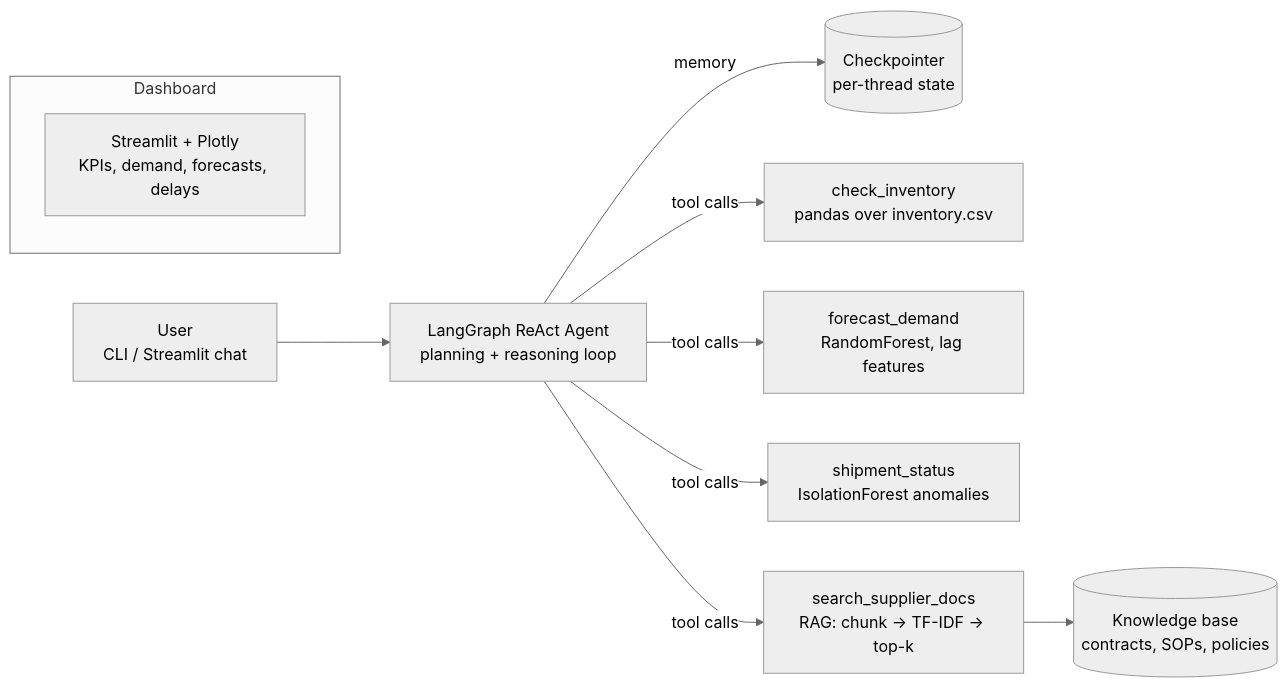
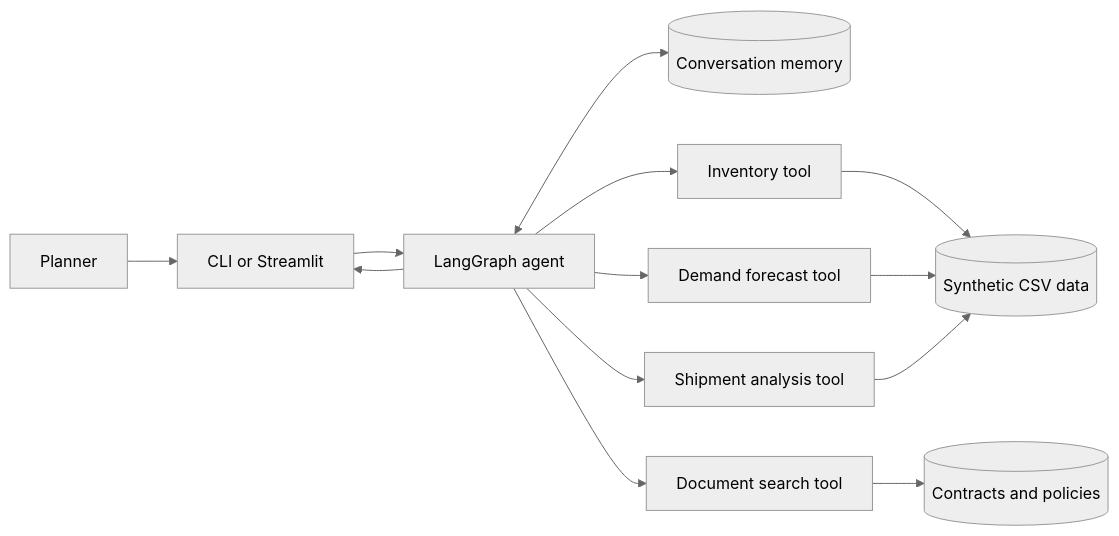
The diagram in README.md (farisjamal/supply-chain-copilot), drawn with Mermaid (neutral theme) before and after one commit. The commit also changed other lines of this file and 7 other files, not shown here.

````diff
--- a/README.md
+++ b/README.md
@@ -9,13 +37,15 @@
 ```mermaid
 flowchart LR
-    U[User<br/>CLI / Streamlit chat] --> A[LangGraph ReAct Agent<br/>planning + reasoning loop]
-    A -- memory --> M[(Checkpointer<br/>per-thread state)]
-    A -- tool calls --> T1[check_inventory<br/>pandas over inventory.csv]
-    A -- tool calls --> T2[forecast_demand<br/>RandomForest, lag features]
-    A -- tool calls --> T3[shipment_status<br/>IsolationForest anomalies]
-    A -- tool calls --> T4[search_supplier_docs<br/>RAG: chunk → TF-IDF → top-k]
-    T4 --> D[(Knowledge base<br/>contracts, SOPs, policies)]
-    subgraph Dashboard
-      V[Streamlit + Plotly<br/>KPIs, demand, forecasts, delays]
-    end
+    U[Planner] --> UI[CLI or Streamlit]
+    UI --> A[LangGraph agent]
+    A <--> M[(Conversation memory)]
+    A --> I[Inventory tool]
+    A --> F[Demand forecast tool]
+    A --> S[Shipment analysis tool]
+    A --> R[Document search tool]
+    I --> CSV[(Synthetic CSV data)]
+    F --> CSV
+    S --> CSV
+    R --> DOCS[(Contracts and policies)]
+    A --> UI
 ```
````
